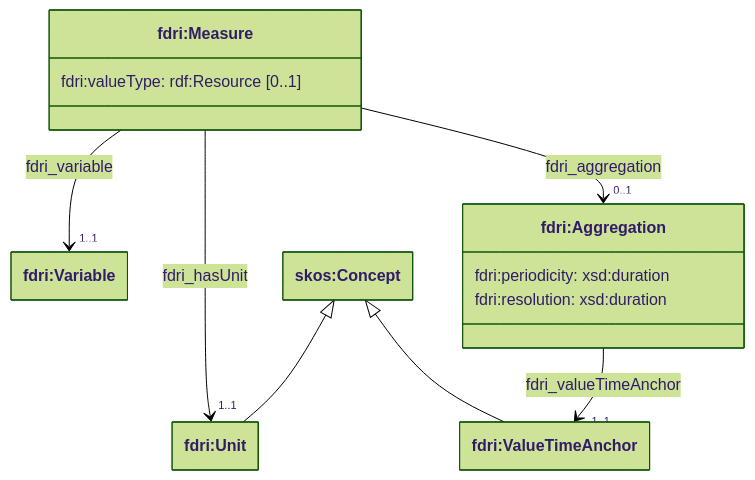
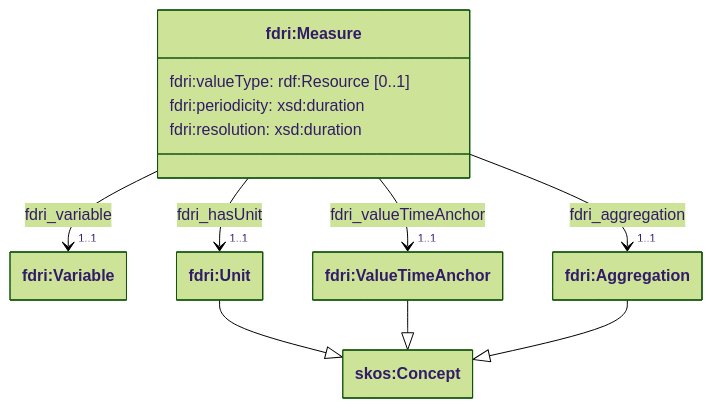
Before and after one commit to NERC-CEH/fdri-ontology: the fourth of 4 diagrams in doc/variables.md, drawn with Mermaid (forest theme). The commit also changed other lines of this file and 6 other files, not shown here.

Commit message:
Update definitions of fdri:Aggregation and fdri:Measure

````diff
--- a/doc/variables.md
+++ b/doc/variables.md
@@ -110,25 +110,25 @@
 ```mermaid
 ---
 config:
     class:
         hideEmptyMembersBox: true
 ---
 classDiagram
 class Measure["fdri:Measure"] {
   fdri:valueType: rdf:Resource [0..1]
+  fdri:periodicity: xsd:duration
+  fdri:resolution: xsd:duration
 }
 class Variable["fdri:Variable"]
-class Aggregation["fdri:Aggregation"] {
-    fdri:periodicity: xsd:duration
-    fdri:resolution: xsd:duration
-}
+class Aggregation["fdri:Aggregation"]
 class Unit["fdri:Unit"]
 class ValueTimeAnchor["fdri:ValueTimeAnchor"]
 class Concept["skos:Concept"]
 Measure --> "1..1" Variable: fdri_variable
 Measure --> "1..1" Unit: fdri_hasUnit
-Measure --> "0..1" Aggregation: fdri_aggregation
-Aggregation --> "1..1" ValueTimeAnchor: fdri_valueTimeAnchor
-Concept <|-- Unit
-Concept <|-- ValueTimeAnchor
+Measure --> "1..1" Aggregation: fdri_aggregation
+Measure --> "1..1" ValueTimeAnchor: fdri_valueTimeAnchor
+Unit --|> Concept
+ValueTimeAnchor --|> Concept
+Aggregation --|> Concept
 ```
````
